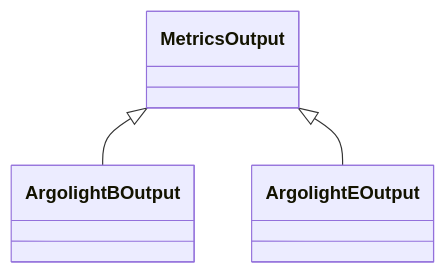
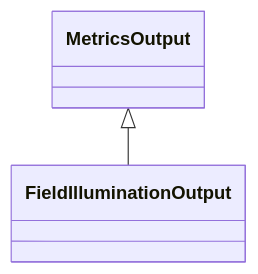
Before and after one commit to juliomateoslangerak/microscope-metrics: the diagram in docs/schema/samples/MetricsOutput.md, drawn with Mermaid. The commit also changed other lines of this file and 193 other files, not shown here.

Commit message:
Minor updates to the schema - ROI is lowercase - More descriptions

````diff
--- a/docs/schema/samples/MetricsOutput.md
+++ b/docs/schema/samples/MetricsOutput.md
@@ -17,8 +17,7 @@
 ```mermaid
  classDiagram
     class MetricsOutput
-      MetricsOutput <|-- ArgolightBOutput
-      MetricsOutput <|-- ArgolightEOutput
+      MetricsOutput <|-- FieldIlluminationOutput
       
       
 ```
````
